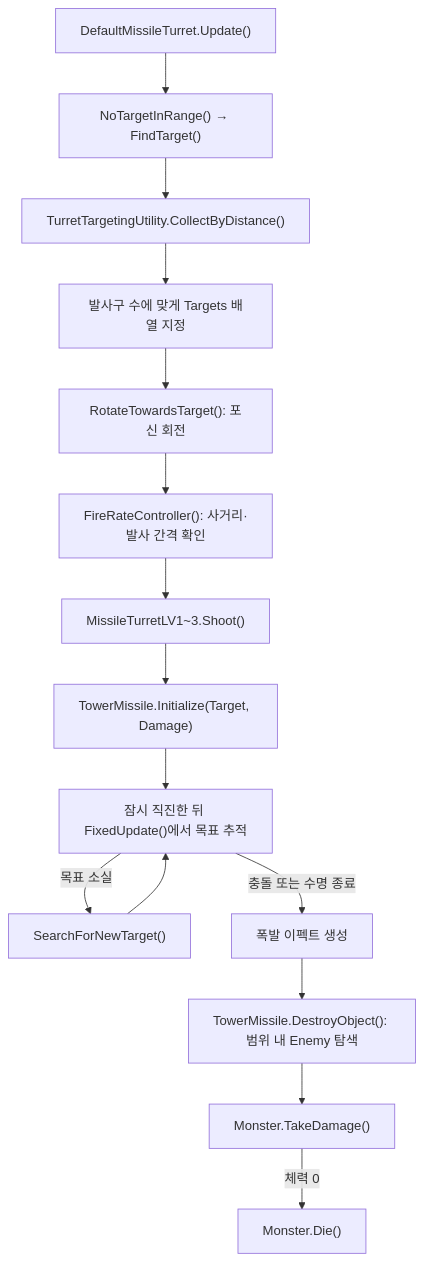
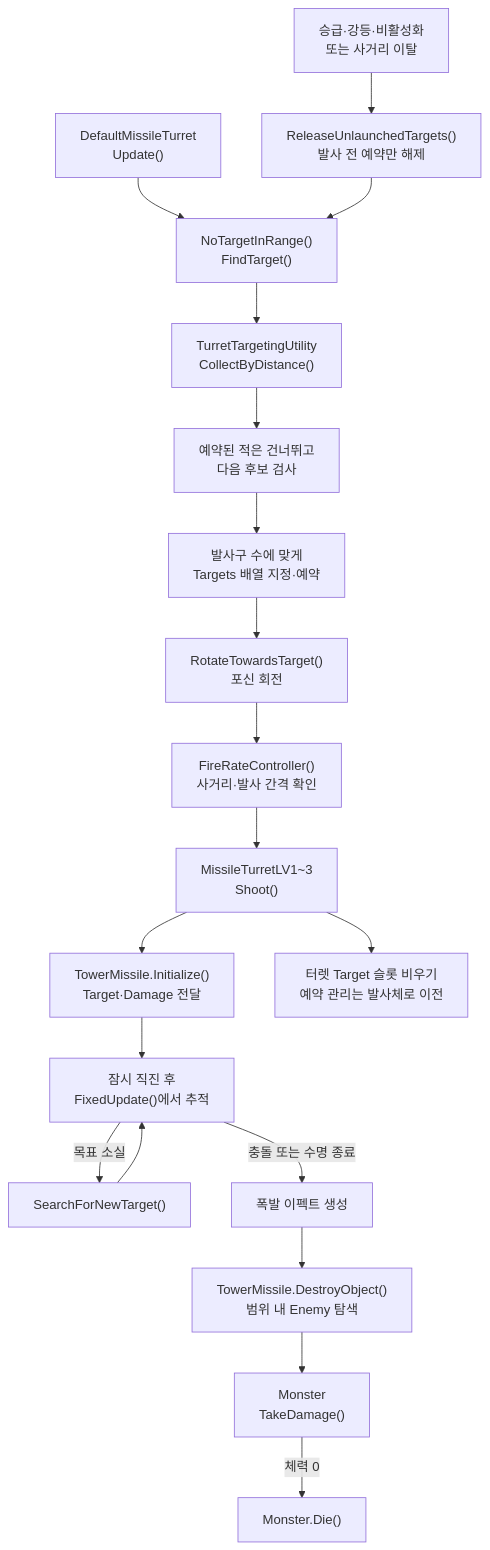
One commit to Team-HJD-21/unity-6-the-developer changed the seventh of 13 diagrams in Docs/architecture/turret-system-guide.md. Above: the diagram before and after it, drawn with Mermaid. The commit also changed other lines of this file and 74 other files, not shown here.

````diff
--- a/Docs/architecture/turret-system-guide.md
+++ b/Docs/architecture/turret-system-guide.md
@@ -275,17 +299,21 @@
 ```mermaid
 flowchart TD
-    Update["DefaultMissileTurret.Update()"] --> Search["NoTargetInRange() → FindTarget()"]
-    Search --> Collect["TurretTargetingUtility.CollectByDistance()"]
-    Collect --> Targets["발사구 수에 맞게 Targets 배열 지정"]
-    Targets --> Rotate["RotateTowardsTarget(): 포신 회전"]
-    Rotate --> Fire["FireRateController(): 사거리·발사 간격 확인"]
-    Fire --> Shoot["MissileTurretLV1~3.Shoot()"]
-    Shoot --> Init["TowerMissile.Initialize(Target, Damage)"]
-    Init --> Straight["잠시 직진한 뒤 FixedUpdate()에서 목표 추적"]
+    Update["DefaultMissileTurret<br>Update()"] --> Search["NoTargetInRange()<br>FindTarget()"]
+    Search --> Collect["TurretTargetingUtility<br>CollectByDistance()"]
+    Collect --> Filter["예약된 적은 건너뛰고<br>다음 후보 검사"]
+    Filter --> Targets["발사구 수에 맞게<br>Targets 배열 지정·예약"]
+    Targets --> Rotate["RotateTowardsTarget()<br>포신 회전"]
+    Rotate --> Fire["FireRateController()<br>사거리·발사 간격 확인"]
+    Fire --> Shoot["MissileTurretLV1~3<br>Shoot()"]
+    Shoot --> Init["TowerMissile.Initialize()<br>Target·Damage 전달"]
+    Shoot --> Transfer["터렛 Target 슬롯 비우기<br>예약 관리는 발사체로 이전"]
+    Change["승급·강등·비활성화<br>또는 사거리 이탈"] --> Release["ReleaseUnlaunchedTargets()<br>발사 전 예약만 해제"]
+    Release --> Search
+    Init --> Straight["잠시 직진 후<br>FixedUpdate()에서 추적"]
     Straight -->|목표 소실| Retarget["SearchForNewTarget()"]
     Retarget --> Straight
     Straight -->|충돌 또는 수명 종료| Explosion["폭발 이펙트 생성"]
-    Explosion --> Area["TowerMissile.DestroyObject(): 범위 내 Enemy 탐색"]
-    Area --> Damage["Monster.TakeDamage()"]
+    Explosion --> Area["TowerMissile.DestroyObject()<br>범위 내 Enemy 탐색"]
+    Area --> Damage["Monster<br>TakeDamage()"]
     Damage -->|체력 0| Die["Monster.Die()"]
 ```
````
